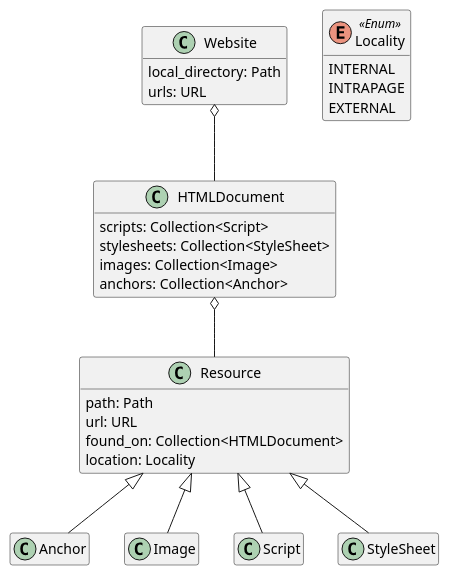
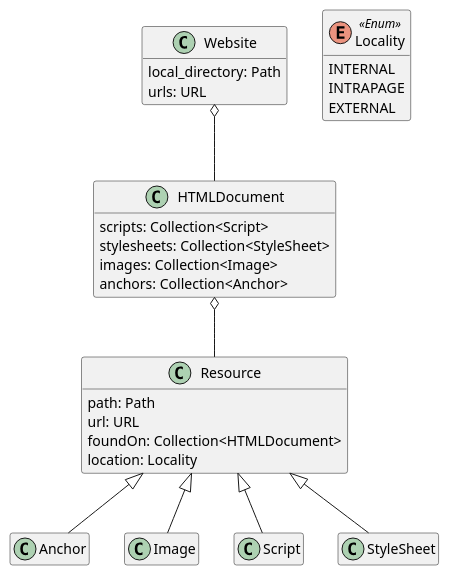
One commit to cstkennedy/Phase-3-Brainstorming-Web-Analysis changed the fourth of 7 diagrams in README.md. Above: the diagram before and after it, drawn with PlantUML. The commit also changed other lines of this file and 6 other files, not shown here.

````diff
--- a/README.md
+++ b/README.md
@@ -239,52 +239,52 @@
 ```plantuml
 @startuml domain_04.svg
 hide empty members
 
 class Website {
     local_directory: Path
     urls: URL
 }
 
 class HTMLDocument {
     scripts: Collection<Script>
     stylesheets: Collection<StyleSheet>
     images: Collection<Image>
     anchors: Collection<Anchor>
 }
 
 class Resource {
     path: Path
     url: URL
-    found_on: Collection<HTMLDocument>
+    foundOn: Collection<HTMLDocument>
     location: Locality
 }
 
 class Anchor {
 
 }
 
 class Image {
 }
 
 class Script {
 }
 
 class StyleSheet {
 }
 
 enum Locality <<Enum>> {
     INTERNAL
     INTRAPAGE
     EXTERNAL
 }
 
 Resource <|-- Image
 Resource <|-- Script
 Resource <|-- StyleSheet
 Resource <|-- Anchor
 
 Website o-- HTMLDocument
 HTMLDocument o-- Resource
 
 @enduml
 ```
````
